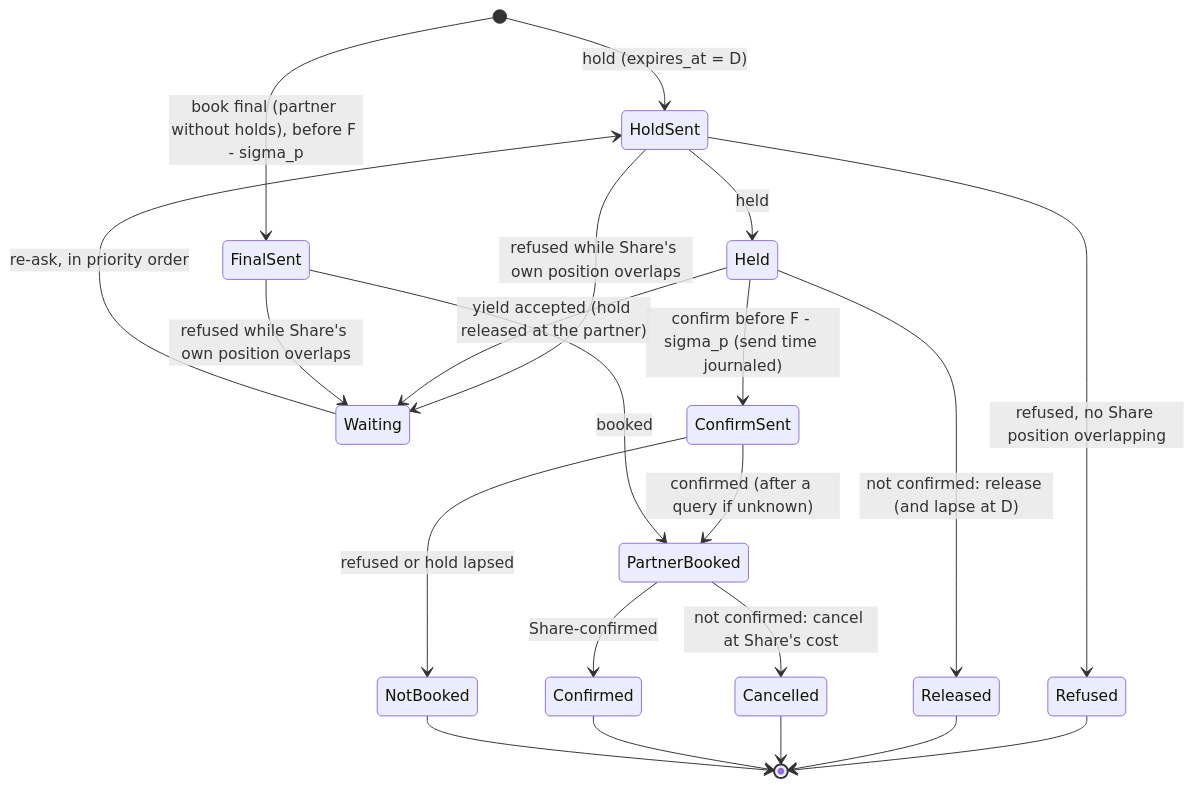
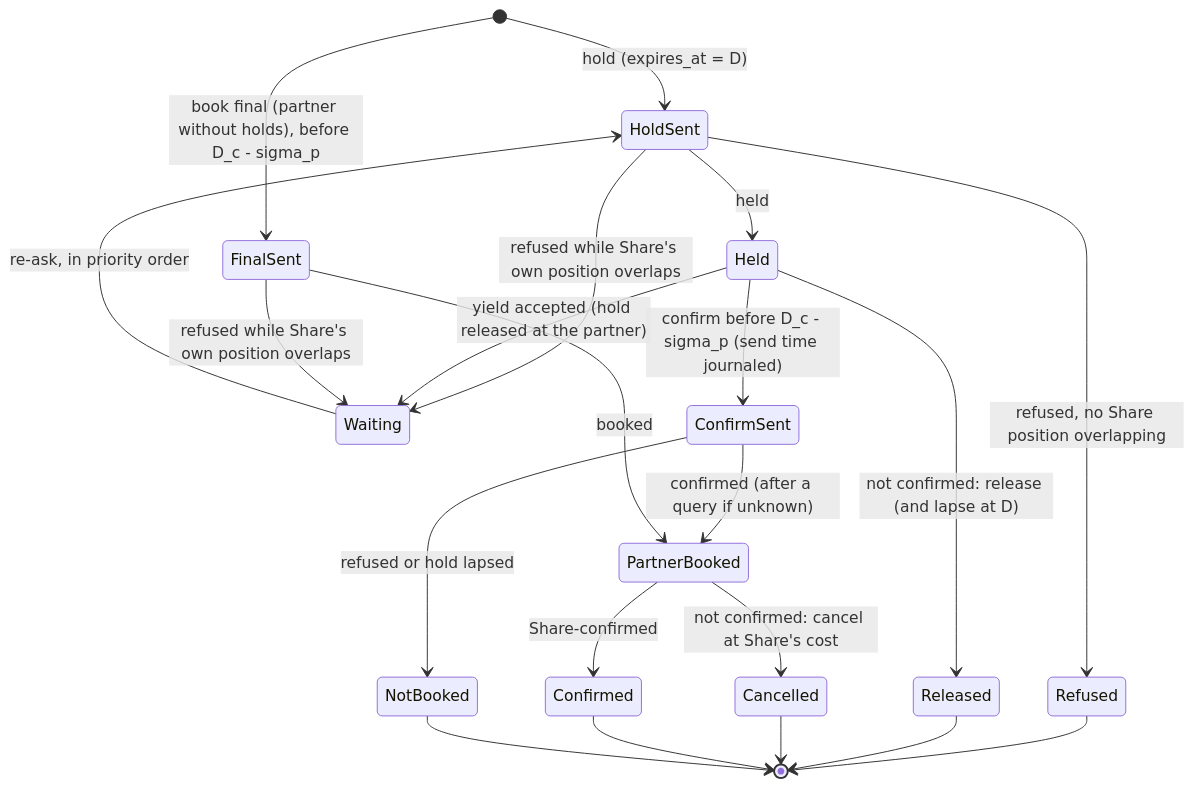
The third of 3 diagrams in docs/03-rfcs/RFC-002-booking-coordination.md (tgenov/bandwidth-reservations), drawn with Mermaid before and after one commit. The commit also changed other lines of this file and 5 other files, not shown here.

````diff
--- a/docs/03-rfcs/RFC-002-booking-coordination.md
+++ b/docs/03-rfcs/RFC-002-booking-coordination.md
@@ -864,23 +1087,23 @@
 ```mermaid
 stateDiagram-v2
     [*] --> HoldSent: hold (expires_at = D)
     HoldSent --> Held: held
     HoldSent --> Waiting: refused while Share's own position overlaps
     HoldSent --> Refused: refused, no Share position overlapping
     Waiting --> HoldSent: re-ask, in priority order
     Held --> Waiting: yield accepted (hold released at the partner)
-    Held --> ConfirmSent: confirm before F - sigma_p (send time journaled)
-    [*] --> FinalSent: book final (partner without holds), before F - sigma_p
+    Held --> ConfirmSent: confirm before D_c - sigma_p (send time journaled)
+    [*] --> FinalSent: book final (partner without holds), before D_c - sigma_p
     ConfirmSent --> PartnerBooked: confirmed (after a query if unknown)
     FinalSent --> PartnerBooked: booked
     FinalSent --> Waiting: refused while Share's own position overlaps
     ConfirmSent --> NotBooked: refused or hold lapsed
     PartnerBooked --> Confirmed: Share-confirmed
     PartnerBooked --> Cancelled: not confirmed: cancel at Share's cost
     Held --> Released: not confirmed: release (and lapse at D)
     Refused --> [*]
     Released --> [*]
     Cancelled --> [*]
     Confirmed --> [*]
     NotBooked --> [*]
 ```
````
